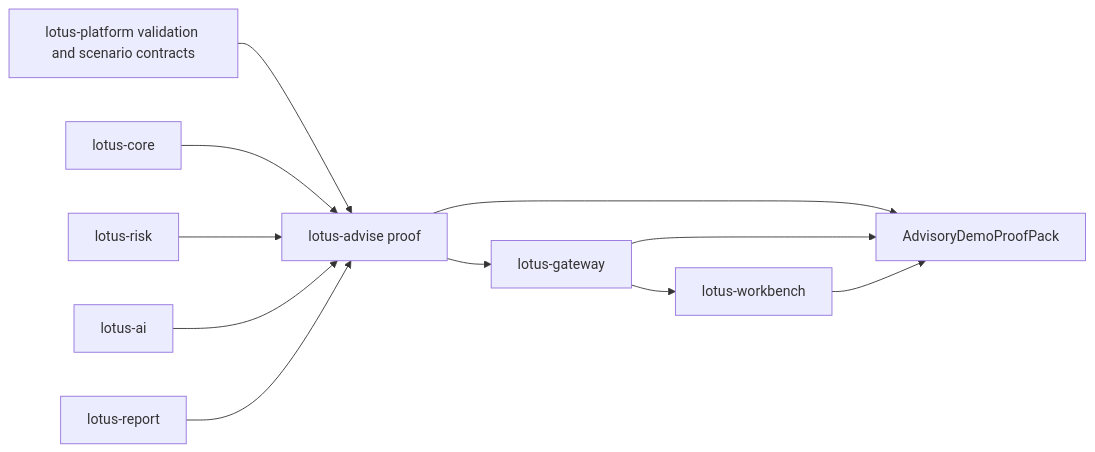
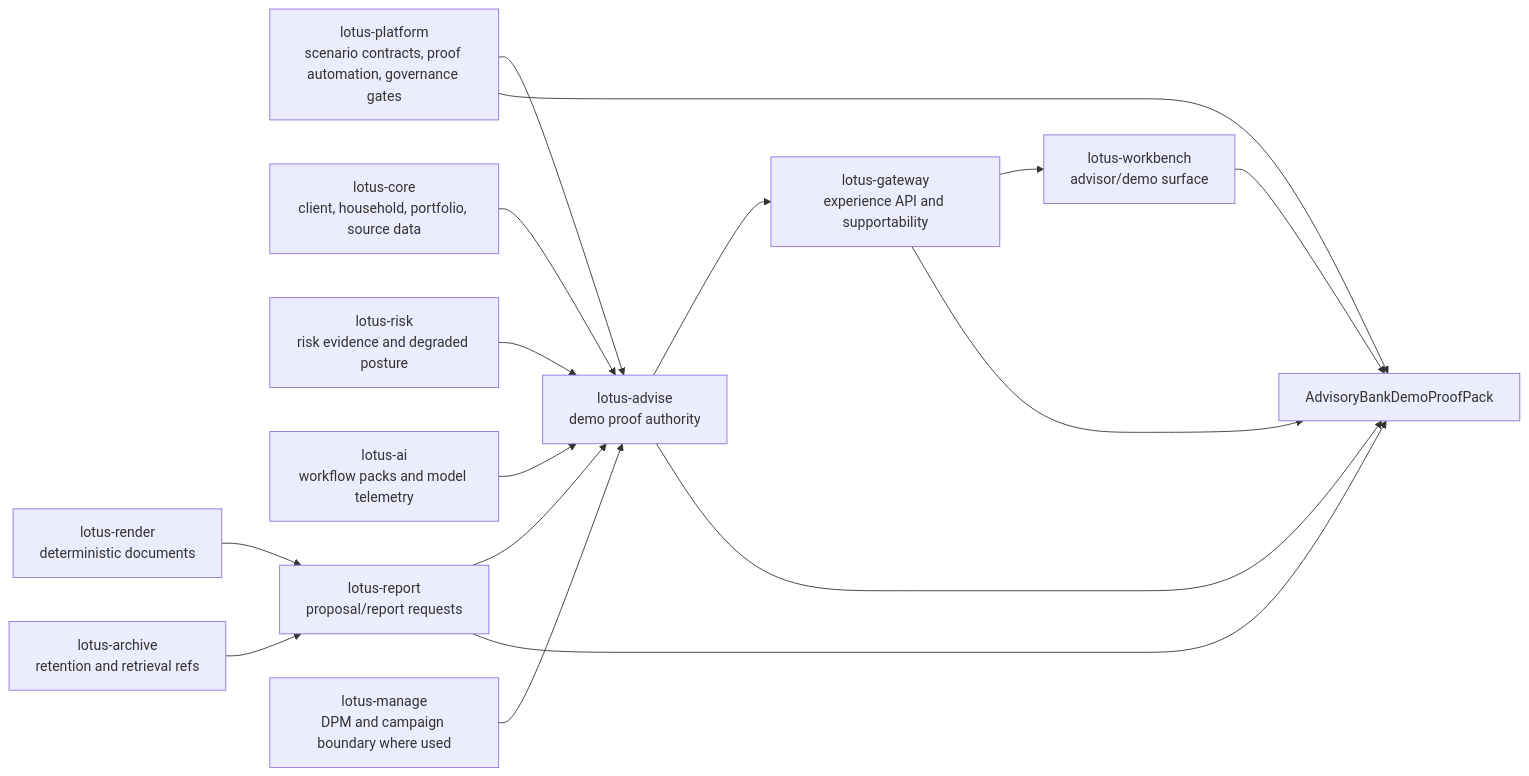
Before and after one commit to sgajbi/lotus-advise: the diagram in docs/rfcs/RFC-0028-bank-demo-journey-and-client-ready-proof.md, drawn with Mermaid. The commit also changed other lines of this file and 2 other files, not shown here.

````diff
--- a/docs/rfcs/RFC-0028-bank-demo-journey-and-client-ready-proof.md
+++ b/docs/rfcs/RFC-0028-bank-demo-journey-and-client-ready-proof.md
@@ -189,13 +376,18 @@
 ```mermaid
 flowchart LR
-    Platform[lotus-platform validation and scenario contracts] --> Advise[lotus-advise proof]
-    Core[lotus-core] --> Advise
-    Risk[lotus-risk] --> Advise
-    AI[lotus-ai] --> Advise
-    Report[lotus-report] --> Advise
-    Advise --> Gateway[lotus-gateway]
-    Gateway --> Workbench[lotus-workbench]
-    Advise --> Proof[AdvisoryDemoProofPack]
+    Platform[lotus-platform<br/>scenario contracts, proof automation, governance gates] --> Advise[lotus-advise<br/>demo proof authority]
+    Core[lotus-core<br/>client, household, portfolio, source data] --> Advise
+    Risk[lotus-risk<br/>risk evidence and degraded posture] --> Advise
+    AI[lotus-ai<br/>workflow packs and model telemetry] --> Advise
+    Report[lotus-report<br/>proposal/report requests] --> Advise
+    Render[lotus-render<br/>deterministic documents] --> Report
+    Archive[lotus-archive<br/>retention and retrieval refs] --> Report
+    Manage[lotus-manage<br/>DPM and campaign boundary where used] --> Advise
+    Advise --> Gateway[lotus-gateway<br/>experience API and supportability]
+    Gateway --> Workbench[lotus-workbench<br/>advisor/demo surface]
+    Advise --> Proof[AdvisoryBankDemoProofPack]
     Gateway --> Proof
     Workbench --> Proof
+    Report --> Proof
+    Platform --> Proof
 ```
````
